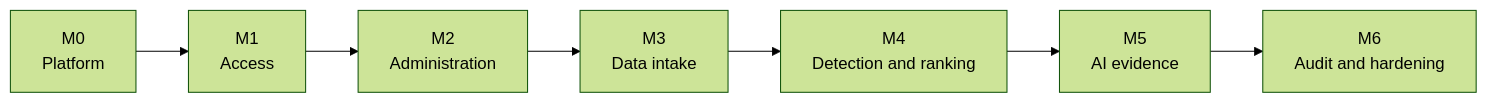
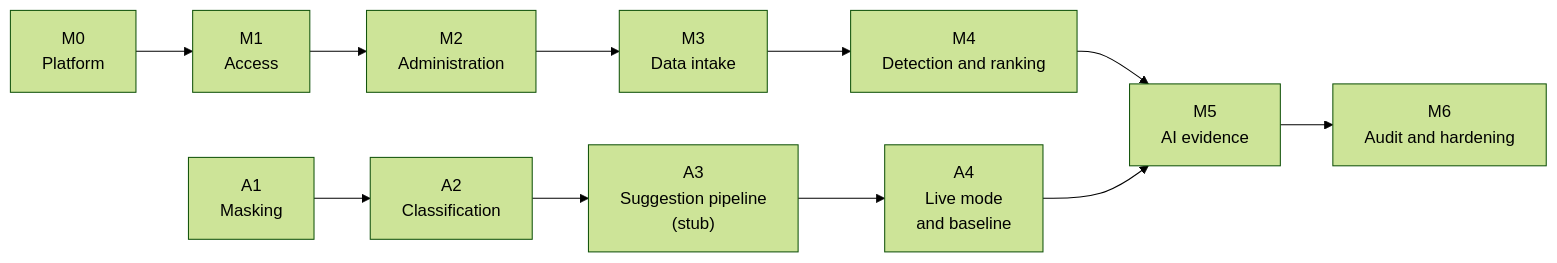
One commit to DuykoNgu/practise changed the diagram in project/roadmap.md. Above: the diagram before and after it, drawn with Mermaid (forest theme). The commit also changed other lines of this file and 16 other files, not shown here.

````diff
--- a/project/roadmap.md
+++ b/project/roadmap.md
@@ -5,9 +5,13 @@
 ```mermaid
 flowchart LR
     M0["M0<br/>Platform"] --> M1["M1<br/>Access"]
     M1 --> M2["M2<br/>Administration"]
     M2 --> M3["M3<br/>Data intake"]
     M3 --> M4["M4<br/>Detection and ranking"]
     M4 --> M5["M5<br/>AI evidence"]
     M5 --> M6["M6<br/>Audit and hardening"]
+    A1["A1<br/>Masking"] --> A2["A2<br/>Classification"]
+    A2 --> A3["A3<br/>Suggestion pipeline<br/>(stub)"]
+    A3 --> A4["A4<br/>Live mode<br/>and baseline"]
+    A4 --> M5
 ```
````
